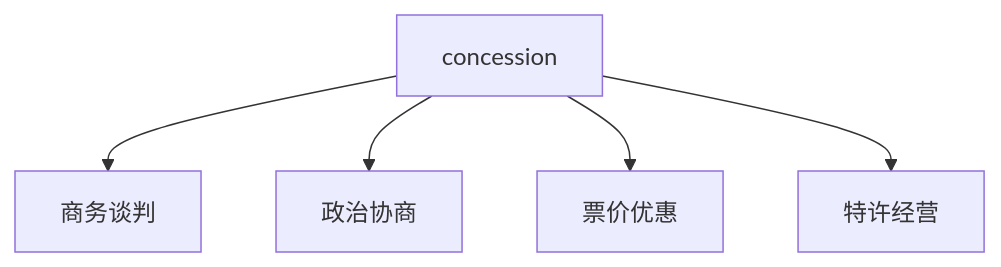
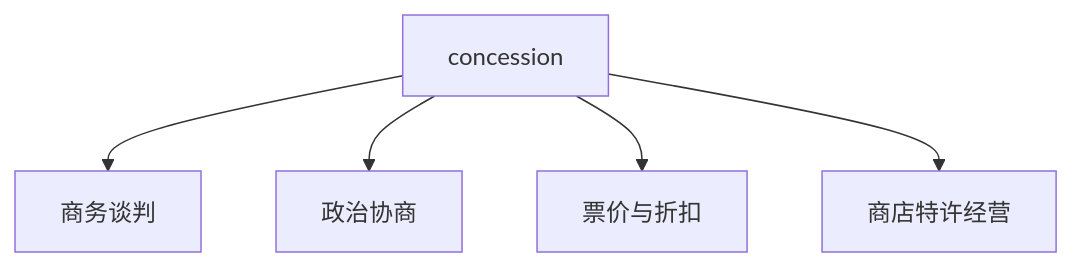
One commit to seki999/DialogueFlow changed the third of 5 diagrams in slides_backup/托业单词/20260630/04.md. Above: the diagram before and after it, drawn with Mermaid. The commit also changed other lines of this file and 28 other files, not shown here.

````diff
--- a/slides_backup/托业单词/20260630/04.md
+++ b/slides_backup/托业单词/20260630/04.md
@@ -51,7 +55,7 @@
 ```mermaid
 flowchart TD
     A[concession] --> B[商务谈判]
     A --> C[政治协商]
-    A --> D[票价优惠]
-    A --> E[特许经营]
+    A --> D[票价与折扣]
+    A --> E[商店特许经营]
 ```
````
